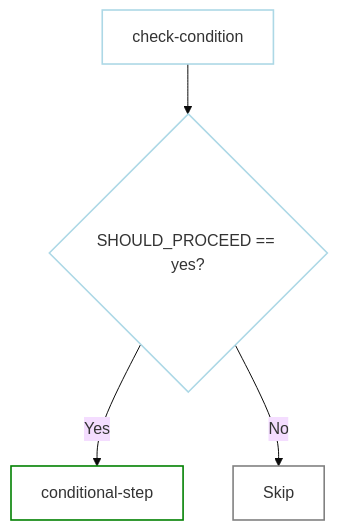
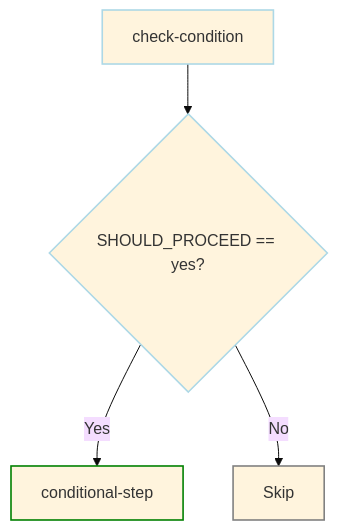
Before and after one commit to dagu-org/dagu: the fourth of 4 diagrams in docs-next/getting-started/first-workflow.md, drawn with Mermaid (base theme). The commit also changed other lines of this file and 8 other files, not shown here.

````diff
--- a/docs-next/getting-started/first-workflow.md
+++ b/docs-next/getting-started/first-workflow.md
@@ -396,11 +467,11 @@
 ```mermaid
 flowchart TD
     A[check-condition] --> B{SHOULD_PROCEED == yes?}
     B -->|Yes| C[conditional-step]
     B -->|No| D[Skip]
     
-    style A fill:white,stroke:lightblue,stroke-width:1.6px,color:#333
-    style B fill:white,stroke:lightblue,stroke-width:1.6px,color:#333
-    style C fill:white,stroke:green,stroke-width:1.6px,color:#333
-    style D fill:white,stroke:gray,stroke-width:1.6px,color:#333
+    style A stroke:lightblue,stroke-width:1.6px,color:#333
+    style B stroke:lightblue,stroke-width:1.6px,color:#333
+    style C stroke:green,stroke-width:1.6px,color:#333
+    style D stroke:gray,stroke-width:1.6px,color:#333
 ```
````
